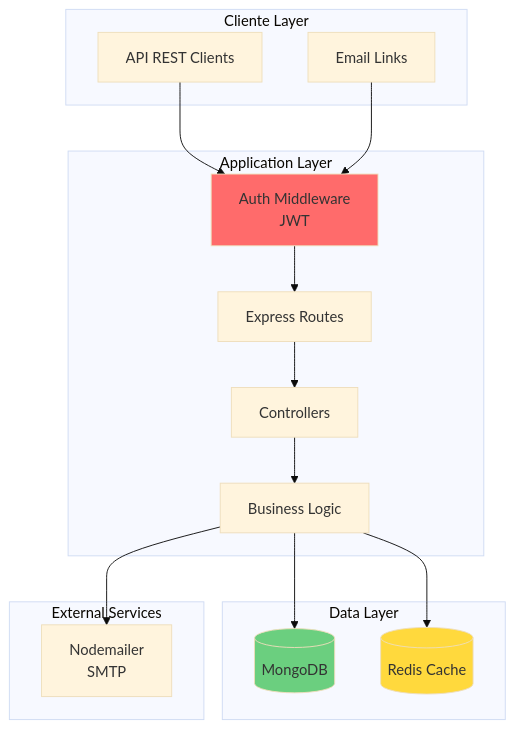
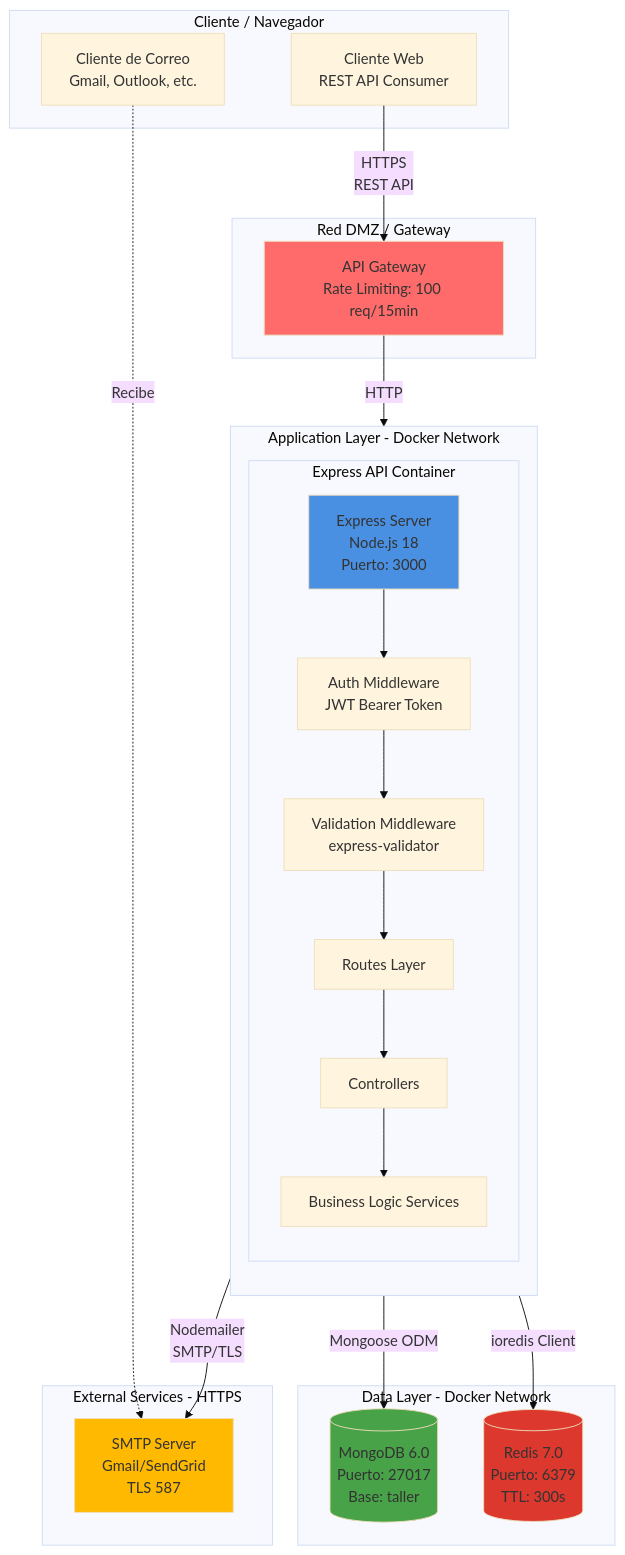
The fourth of 9 diagrams in test.md (Marcos0o0/testttttt), drawn with Mermaid (base theme) before and after one commit. The commit also changed other lines of this file, not shown here.

````diff
--- a/test.md
+++ b/test.md
@@ -102,36 +291,53 @@
 ```mermaid
 graph TB
-    subgraph "Cliente Layer"
-        API[API REST Clients]
-        EMAIL[Email Links]
+    subgraph "Cliente / Navegador"
+        Browser[Cliente Web<br/>REST API Consumer]
+        EmailClient[Cliente de Correo<br/>Gmail, Outlook, etc.]
     end
     
-    subgraph "Application Layer"
-        AUTH[Auth Middleware<br/>JWT]
-        ROUTES[Express Routes]
-        CONTROLLERS[Controllers]
-        SERVICES[Business Logic]
+    subgraph "Red DMZ / Gateway"
+        Gateway[API Gateway<br/>Rate Limiting: 100 req/15min]
     end
     
-    subgraph "Data Layer"
-        MONGO[(MongoDB)]
-        REDIS[(Redis Cache)]
+    subgraph "Application Layer - Docker Network"
+        direction TB
+        
+        subgraph "Express API Container"
+            API[Express Server<br/>Node.js 18<br/>Puerto: 3000]
+            AuthMW[Auth Middleware<br/>JWT Bearer Token]
+            ValidMW[Validation Middleware<br/>express-validator]
+            Routes[Routes Layer]
+            Controllers[Controllers]
+            Services[Business Logic Services]
+        end
+        
+        API --> AuthMW
+        AuthMW --> ValidMW
+        ValidMW --> Routes
+        Routes --> Controllers
+        Controllers --> Services
     end
     
-    subgraph "External Services"
-        SMTP[Nodemailer<br/>SMTP]
+    subgraph "Data Layer - Docker Network"
+        MongoDB[(MongoDB 6.0<br/>Puerto: 27017<br/>Base: taller)]
+        Redis[(Redis 7.0<br/>Puerto: 6379<br/>TTL: 300s)]
     end
     
-    API --> AUTH
-    EMAIL --> AUTH
-    AUTH --> ROUTES
-    ROUTES --> CONTROLLERS
-    CONTROLLERS --> SERVICES
-    SERVICES --> MONGO
-    SERVICES --> REDIS
-    SERVICES --> SMTP
+    subgraph "External Services - HTTPS"
+        SMTP[SMTP Server<br/>Gmail/SendGrid<br/>TLS 587]
+    end
     
-    style AUTH fill:#ff6b6b
-    style REDIS fill:#ffd93d
-    style MONGO fill:#6bcf7f
+    Browser -->|HTTPS<br/>REST API| Gateway
+    Gateway -->|HTTP| API
+    EmailClient -.->|Recibe| SMTP
+    
+    Services -->|Mongoose ODM| MongoDB
+    Services -->|ioredis Client| Redis
+    Services -->|Nodemailer<br/>SMTP/TLS| SMTP
+    
+    style API fill:#4A90E2
+    style MongoDB fill:#47A248
+    style Redis fill:#DC382D
+    style SMTP fill:#FFB900
+    style Gateway fill:#FF6B6B
 ```
````
